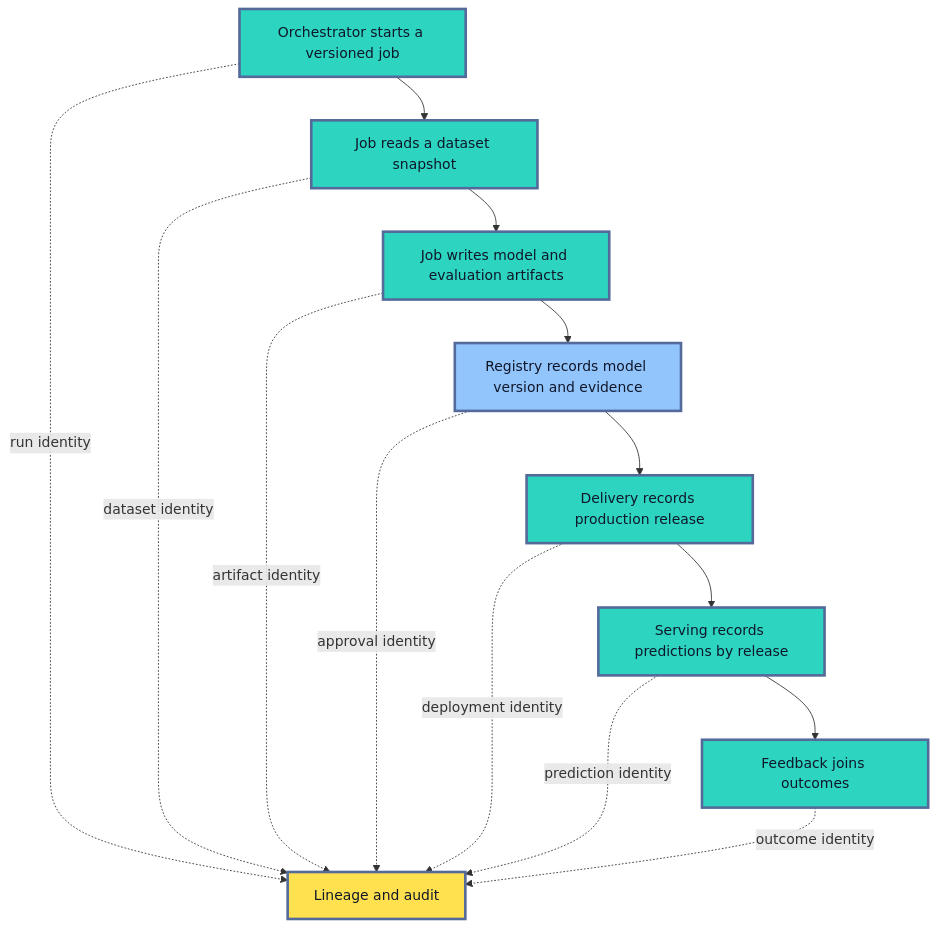
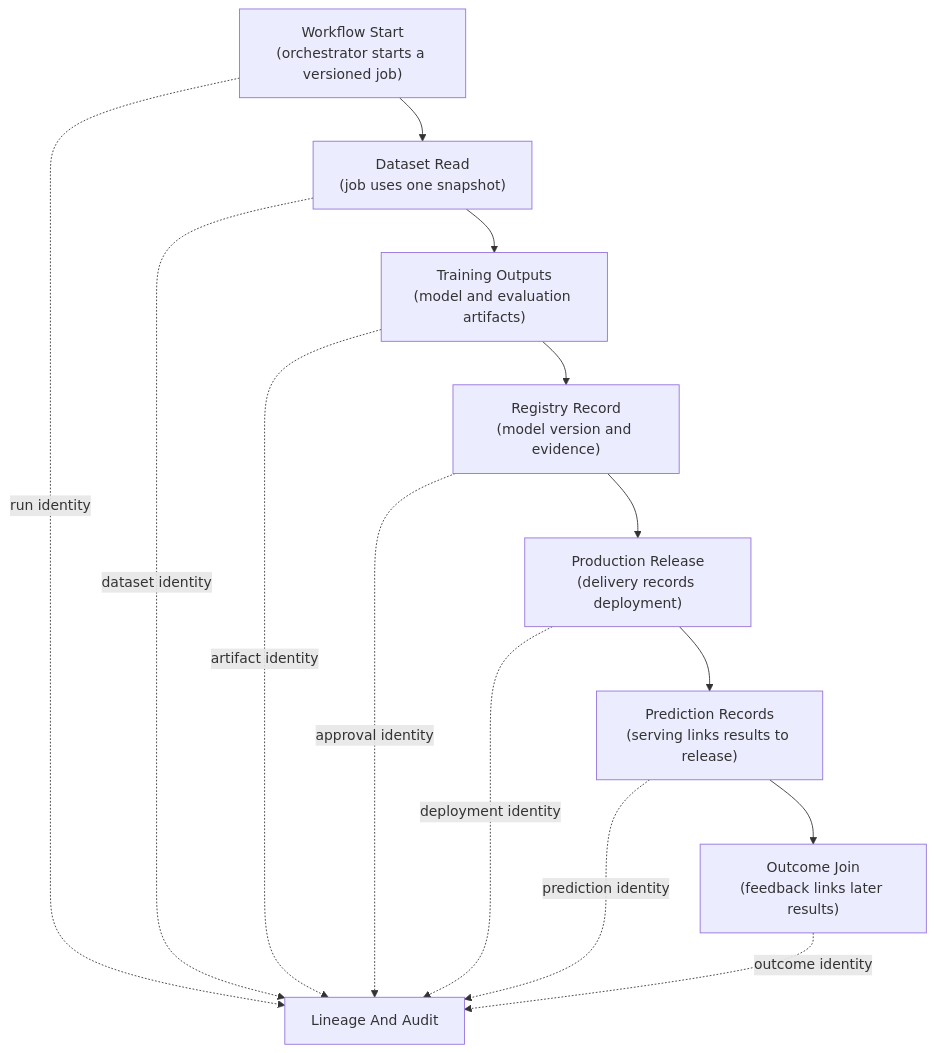
The fifth of 6 diagrams in roadmaps/mlops/modules/mlops-foundations/architecture-basics/01-simple-mlops-architecture.md (senlinyy/dev-roadmaps), drawn with Mermaid before and after one commit. The commit also changed other lines of this file and 152 other files, not shown here.

Commit message:
feat: mlops and diagrams updated

````diff
--- a/roadmaps/mlops/modules/mlops-foundations/architecture-basics/01-simple-mlops-architecture.md
+++ b/roadmaps/mlops/modules/mlops-foundations/architecture-basics/01-simple-mlops-architecture.md
@@ -426,23 +418,20 @@
 ```mermaid
 flowchart TD
-    A["Orchestrator starts a versioned job"] --> B["Job reads a dataset snapshot"]
-    B --> C["Job writes model and evaluation artifacts"]
-    C --> D["Registry records model version and evidence"]
-    D --> E["Delivery records production release"]
-    E --> F["Serving records predictions by release"]
-    F --> G["Feedback joins outcomes"]
-    A -. "run identity" .-> H["Lineage and audit"]
+    A["Workflow Start<br/>(orchestrator starts a versioned job)"] --> B["Dataset Read<br/>(job uses one snapshot)"]
+    B --> C["Training Outputs<br/>(model and evaluation artifacts)"]
+    C --> D["Registry Record<br/>(model version and evidence)"]
+    D --> E["Production Release<br/>(delivery records deployment)"]
+    E --> F["Prediction Records<br/>(serving links results to release)"]
+    F --> G["Outcome Join<br/>(feedback links later results)"]
+    A -. "run identity" .-> H["Lineage And Audit"]
     B -. "dataset identity" .-> H
     C -. "artifact identity" .-> H
     D -. "approval identity" .-> H
     E -. "deployment identity" .-> H
     F -. "prediction identity" .-> H
     G -. "outcome identity" .-> H
 
-    classDef work fill:#2DD4BF,stroke:#536A9A,stroke-width:3px,color:#0F172A
-    classDef record fill:#93C5FD,stroke:#536A9A,stroke-width:3px,color:#0F172A
-    classDef audit fill:#FFE04F,stroke:#536A9A,stroke-width:3px,color:#111827
     class A,B,C,E,F,G work
     class D record
     class H audit
 ```
````
